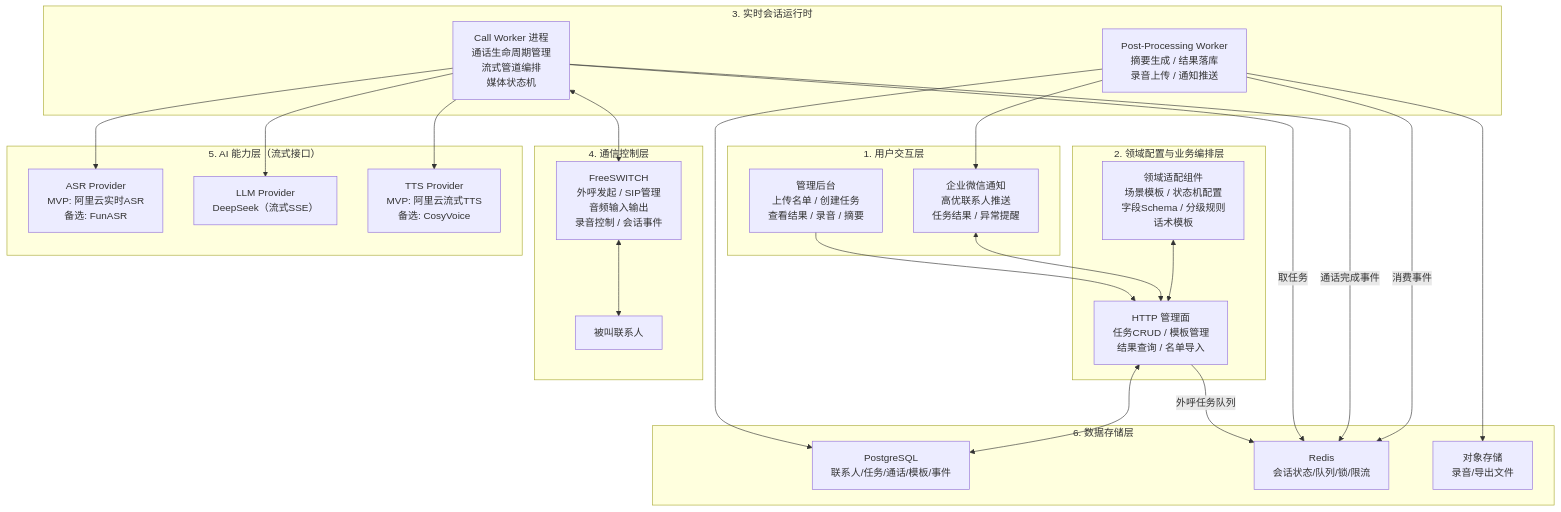
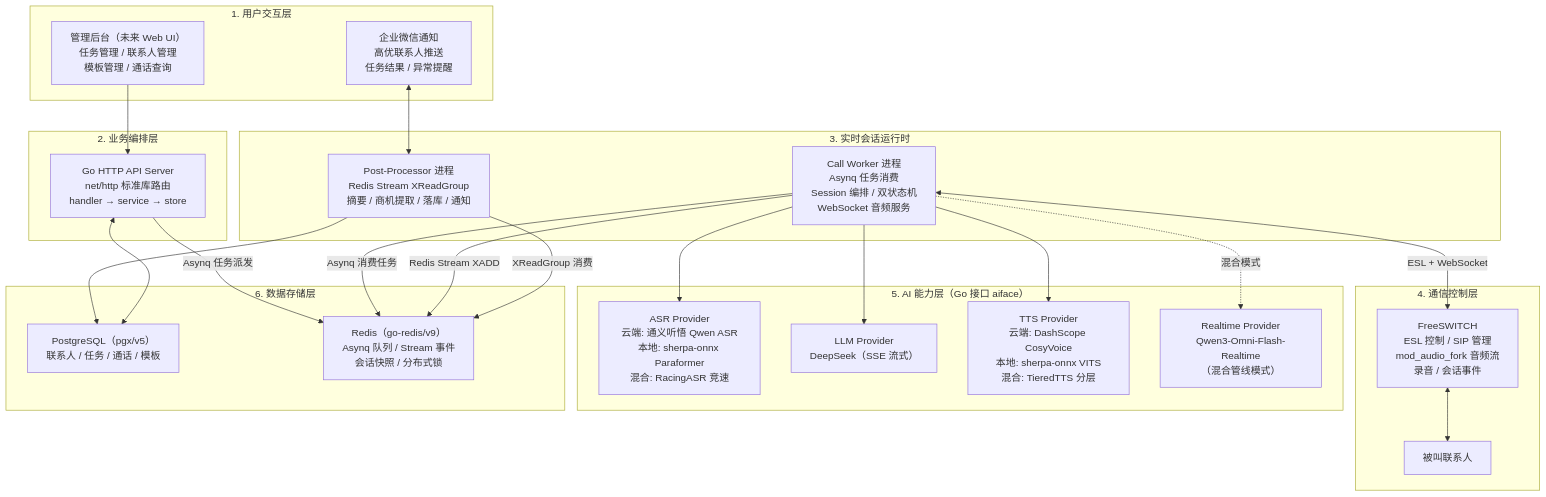
The diagram in design/diagrams/02-01-overall-architecture.mmd (omeyang/Clarion), drawn with Mermaid before and after one commit. The commit also changed 25 other files, not shown here.

First line of the commit message:
修订设计文档与架构图，统一 guard 包文档注释

```diff
--- a/design/diagrams/02-01-overall-architecture.mmd
+++ b/design/diagrams/02-01-overall-architecture.mmd
@@ -1,49 +1,46 @@
 flowchart TB
     subgraph L1["1. 用户交互层"]
-        Admin["管理后台<br/>上传名单 / 创建任务<br/>查看结果 / 录音 / 摘要"]
+        Admin["管理后台（未来 Web UI）<br/>任务管理 / 联系人管理<br/>模板管理 / 通话查询"]
         WeCom["企业微信通知<br/>高优联系人推送<br/>任务结果 / 异常提醒"]
     end
 
-    subgraph L2["2. 领域配置与业务编排层"]
-        API["HTTP 管理面<br/>任务CRUD / 模板管理<br/>结果查询 / 名单导入"]
-        Domain["领域适配组件<br/>场景模板 / 状态机配置<br/>字段Schema / 分级规则<br/>话术模板"]
+    subgraph L2["2. 业务编排层"]
+        API["Go HTTP API Server<br/>net/http 标准库路由<br/>handler → service → store"]
     end
 
     subgraph L3["3. 实时会话运行时"]
-        CW["Call Worker 进程<br/>通话生命周期管理<br/>流式管道编排<br/>媒体状态机"]
-        PP["Post-Processing Worker<br/>摘要生成 / 结果落库<br/>录音上传 / 通知推送"]
+        CW["Call Worker 进程<br/>Asynq 任务消费<br/>Session 编排 / 双状态机<br/>WebSocket 音频服务"]
+        PP["Post-Processor 进程<br/>Redis Stream XReadGroup<br/>摘要 / 商机提取 / 落库 / 通知"]
     end
 
     subgraph L4["4. 通信控制层"]
-        FS["FreeSWITCH<br/>外呼发起 / SIP管理<br/>音频输入输出<br/>录音控制 / 会话事件"]
+        FS["FreeSWITCH<br/>ESL 控制 / SIP 管理<br/>mod_audio_fork 音频流<br/>录音 / 会话事件"]
         Callee["被叫联系人"]
     end
 
-    subgraph L5["5. AI 能力层（流式接口）"]
-        ASR["ASR Provider<br/>MVP: 阿里云实时ASR<br/>备选: FunASR"]
-        LLM["LLM Provider<br/>DeepSeek（流式SSE）"]
-        TTS["TTS Provider<br/>MVP: 阿里云流式TTS<br/>备选: CosyVoice"]
+    subgraph L5["5. AI 能力层（Go 接口 aiface）"]
+        ASR["ASR Provider<br/>云端: 通义听悟 Qwen ASR<br/>本地: sherpa-onnx Paraformer<br/>混合: RacingASR 竞速"]
+        LLM["LLM Provider<br/>DeepSeek（SSE 流式）"]
+        TTS["TTS Provider<br/>云端: DashScope CosyVoice<br/>本地: sherpa-onnx VITS<br/>混合: TieredTTS 分层"]
+        RT["Realtime Provider<br/>Qwen3-Omni-Flash-Realtime<br/>（混合管线模式）"]
     end
 
     subgraph L6["6. 数据存储层"]
-        PG["PostgreSQL<br/>联系人/任务/通话/模板/事件"]
-        Redis["Redis<br/>会话状态/队列/锁/限流"]
-        OSS["对象存储<br/>录音/导出文件"]
+        PG["PostgreSQL（pgx/v5）<br/>联系人 / 任务 / 通话 / 模板"]
+        Redis["Redis（go-redis/v9）<br/>Asynq 队列 / Stream 事件<br/>会话快照 / 分布式锁"]
     end
 
     Admin --> API
-    WeCom <--> API
-    Domain <--> API
-    API -->|"外呼任务队列"| Redis
-    CW -->|"取任务"| Redis
-    CW <--> FS
+    WeCom <--> PP
+    API -->|"Asynq 任务派发"| Redis
+    CW -->|"Asynq 消费任务"| Redis
+    CW <-->|"ESL + WebSocket"| FS
     FS <--> Callee
     CW --> ASR
     CW --> LLM
     CW --> TTS
-    CW -->|"通话完成事件"| Redis
-    PP -->|"消费事件"| Redis
+    CW -.->|"混合模式"| RT
+    CW -->|"Redis Stream XADD"| Redis
+    PP -->|"XReadGroup 消费"| Redis
     PP --> PG
-    PP --> OSS
-    PP --> WeCom
     API <--> PG
```
